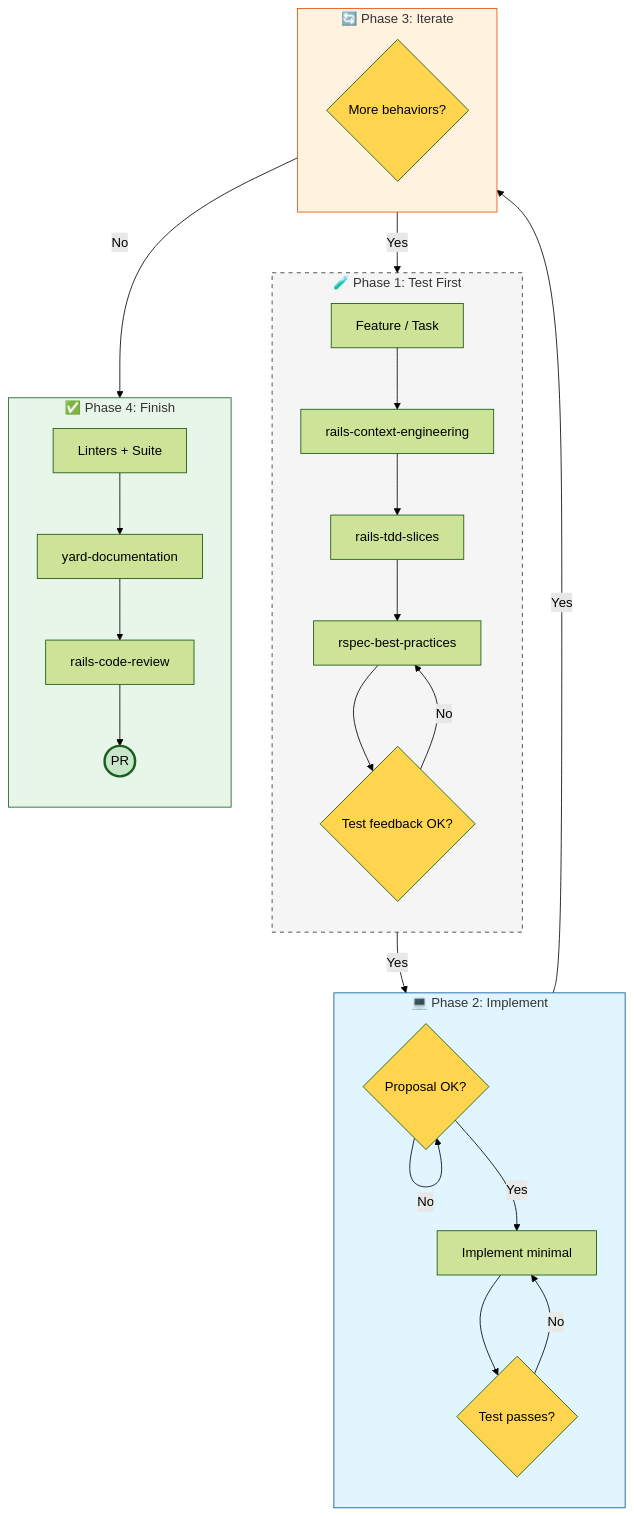
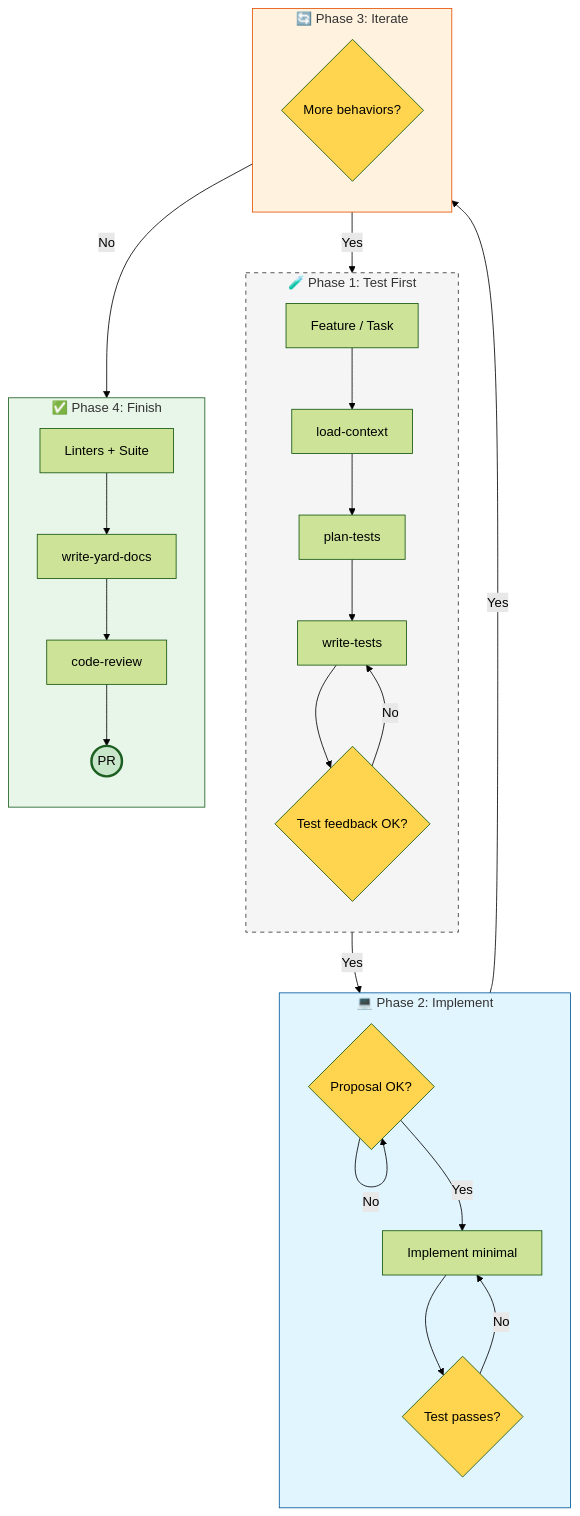
Before and after one commit to igmarin/my-RoR-personal-skills: the first of 3 diagrams in docs/workflows/development.md, drawn with Mermaid (forest theme). The commit also changed other lines of this file and 295 other files, not shown here.

First line of the commit message:
Refactor names flows (#57)

````diff
--- a/docs/workflows/development.md
+++ b/docs/workflows/development.md
@@ -9,45 +9,45 @@
 ```mermaid
 graph TB
     subgraph Test [🧪 Phase 1: Test First]
         direction TB
-        A[Feature / Task] --> B[rails-context-engineering]
-        B --> C[rails-tdd-slices]
-        C --> D[rspec-best-practices]
+        A[Feature / Task] --> B[load-context]
+        B --> C[plan-tests]
+        C --> D[write-tests]
         D --> E{Test feedback OK?}
         E -- No --> D
     end
 
     subgraph Implement [💻 Phase 2: Implement]
         direction TB
         E -- Yes --> F{Proposal OK?}
         F -- No --> F
         F -- Yes --> G[Implement minimal]
         G --> H{Test passes?}
         H -- No --> G
     end
 
     subgraph Iterate [🔄 Phase 3: Iterate]
         direction TB
         H -- Yes --> I{More behaviors?}
         I -- Yes --> D
     end
 
     subgraph Finish [✅ Phase 4: Finish]
         direction TB
         I -- No --> J[Linters + Suite]
-        J --> K[yard-documentation]
-        K --> L[rails-code-review]
+        J --> K[write-yard-docs]
+        K --> L[code-review]
         L --> M((PR))
     end
 
     %% Styling
     style Test fill:#f5f5f5,stroke:#333,stroke-dasharray: 5 5
     style Implement fill:#e1f5fe,stroke:#01579b
     style Iterate fill:#fff3e0,stroke:#e65100
     style Finish fill:#e8f5e9,stroke:#1b5e20
     style E fill:#ffd54f
     style F fill:#ffd54f
     style H fill:#ffd54f
     style I fill:#ffd54f
     style M fill:#c8e6c9,stroke:#1b5e20,stroke-width:3px
 ```
````
